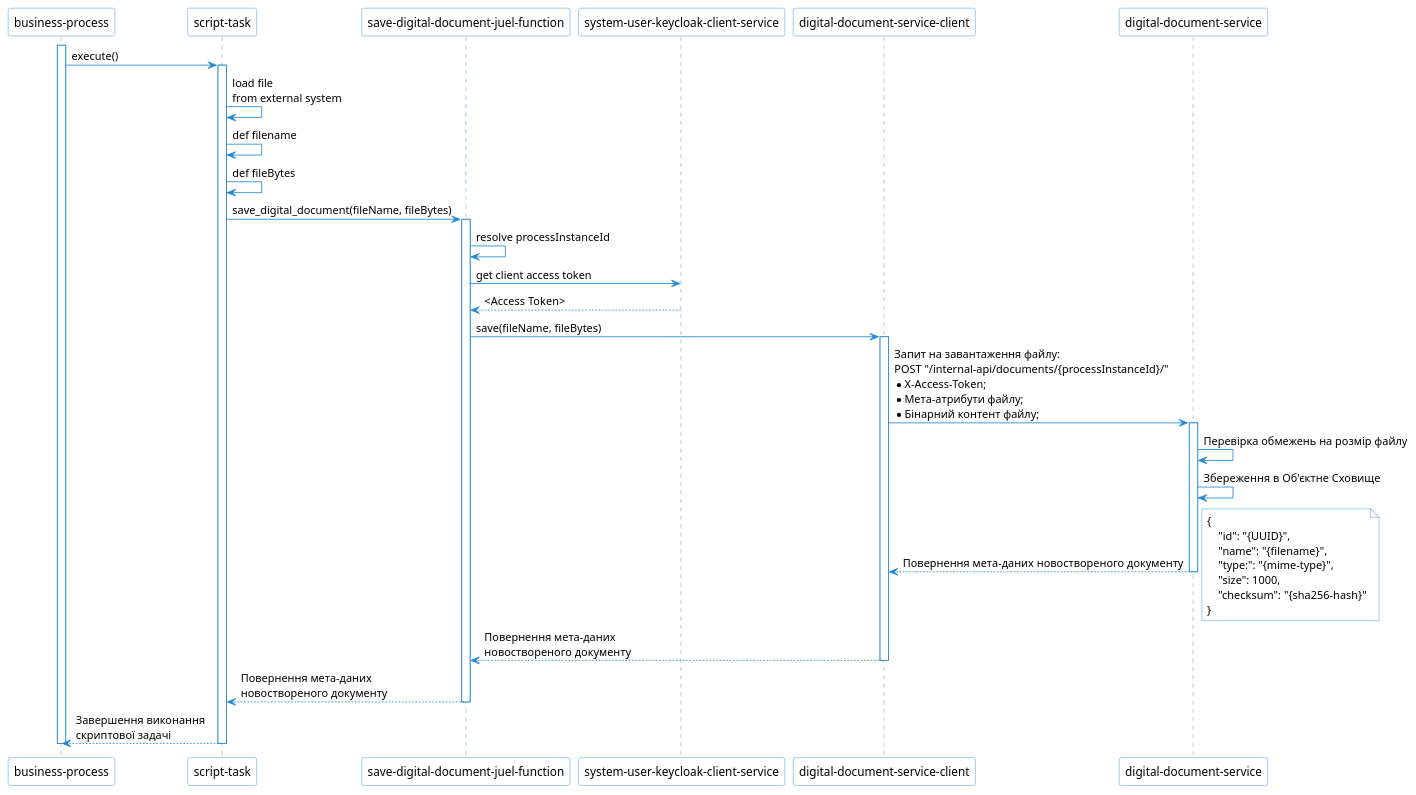
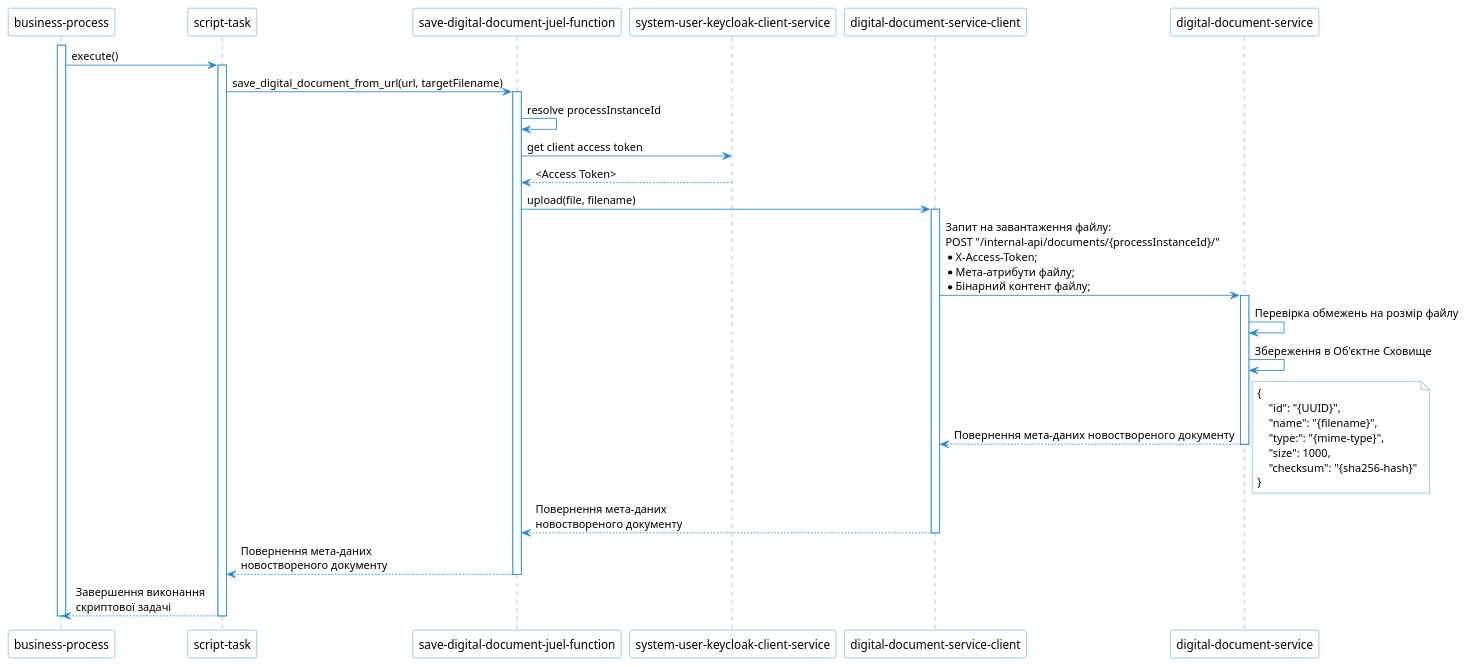
Before and after one commit to epam/edp-ddm-architecture: the diagram in modules/tech/pages/lowcode/bpm-save-ext-documents.adoc, drawn with PlantUML. The commit also changed other lines of this file, not shown here.

Commit message:
[EDP-DDM-21544] JUEL-func to save digital documents from bp tech design

```diff
--- a/modules/tech/pages/lowcode/bpm-save-ext-documents.adoc
+++ b/modules/tech/pages/lowcode/bpm-save-ext-documents.adoc
@@ -195,66 +193,63 @@
 [plantuml, save-digital-document, svg]
 ----
 @startuml
 
 skinparam shadowing false
 skinparam DatabaseBackgroundColor white
 skinparam DatabaseBorderColor #2688d4
 skinparam QueueBackgroundColor white
 skinparam QueueBorderColor #2688d4
 skinparam NoteBackgroundColor white
 skinparam NoteBorderColor #2688d4
 skinparam sequence {
     ArrowColor #2688d4
     ActorBorderColor #2688d4
     LifeLineBorderColor #2688d4
     ParticipantBorderColor #2688d4
     ParticipantBackgroundColor white
     BoxBorderColor #2688d4
     BoxBackgroundColor white
 }
 
 participant "business-process" as bp
 participant "script-task" as script_task
 participant "save-digital-document-juel-function" as juel_func
 participant "system-user-keycloak-client-service" as idm_service
 participant "digital-document-service-client" as service_client
 participant "digital-document-service" as service
 
 activate bp
   bp -> script_task: execute()
   activate script_task
-    script_task -> script_task: load file \nfrom external system
-    script_task -> script_task: def filename
-    script_task -> script_task: def fileBytes
-    script_task -> juel_func: save_digital_document(fileName, fileBytes)
+    script_task -> juel_func: save_digital_document_from_url(url, targetFilename)
     activate juel_func
       juel_func -> juel_func: resolve processInstanceId
       juel_func -> idm_service: get client access token
       idm_service --> juel_func: <Access Token>
-      juel_func -> service_client: save(fileName, fileBytes)
+      juel_func -> service_client: upload(file, filename)
       activate service_client
         service_client -> service: Запит на завантаження файлу: \nPOST "/internal-api/documents/{processInstanceId}/" \n* X-Access-Token; \n* Мета-атрибути файлу; \n* Бінарний контент файлу;
         activate service
         service -> service: Перевірка обмежень на розмір файлу
         service -> service: Збереження в Об'єктне Cховище
         service --> service_client: Повернення мета-даних новоствореного документу
         deactivate service
         note right
           {
               "id": "{UUID}",
               "name": "{filename}",
               "type:": "{mime-type}",
               "size": 1000,
               "checksum": "{sha256-hash}"
           }
         end note
         service_client --> juel_func: Повернення мета-даних \nновоствореного документу
       deactivate service_client
       juel_func --> script_task: Повернення мета-даних \nновоствореного документу
     deactivate juel_func
     script_task --> bp: Завершення виконання \nскриптової задачі
   deactivate script_task
 deactivate bp
 
 @enduml
 ----
```
